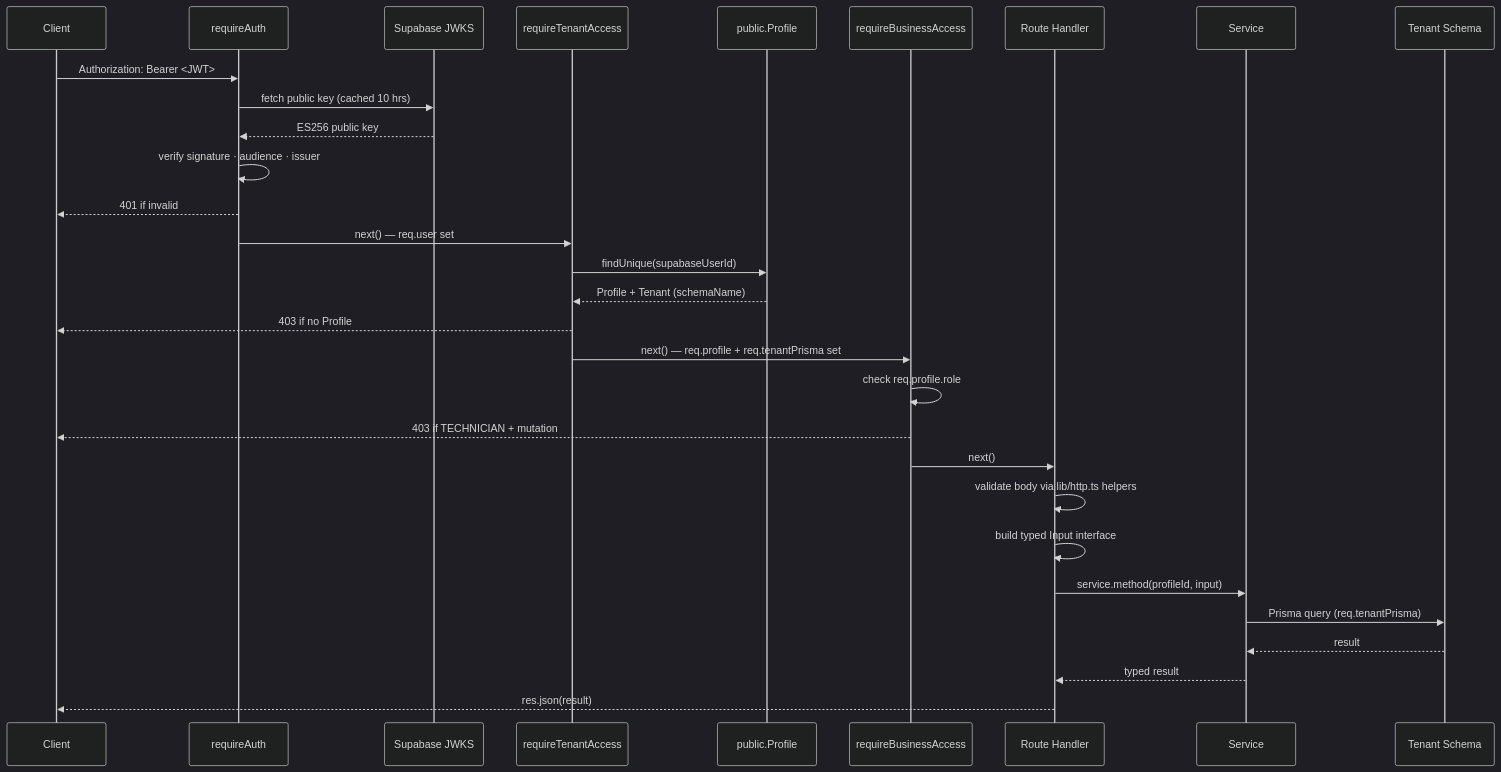
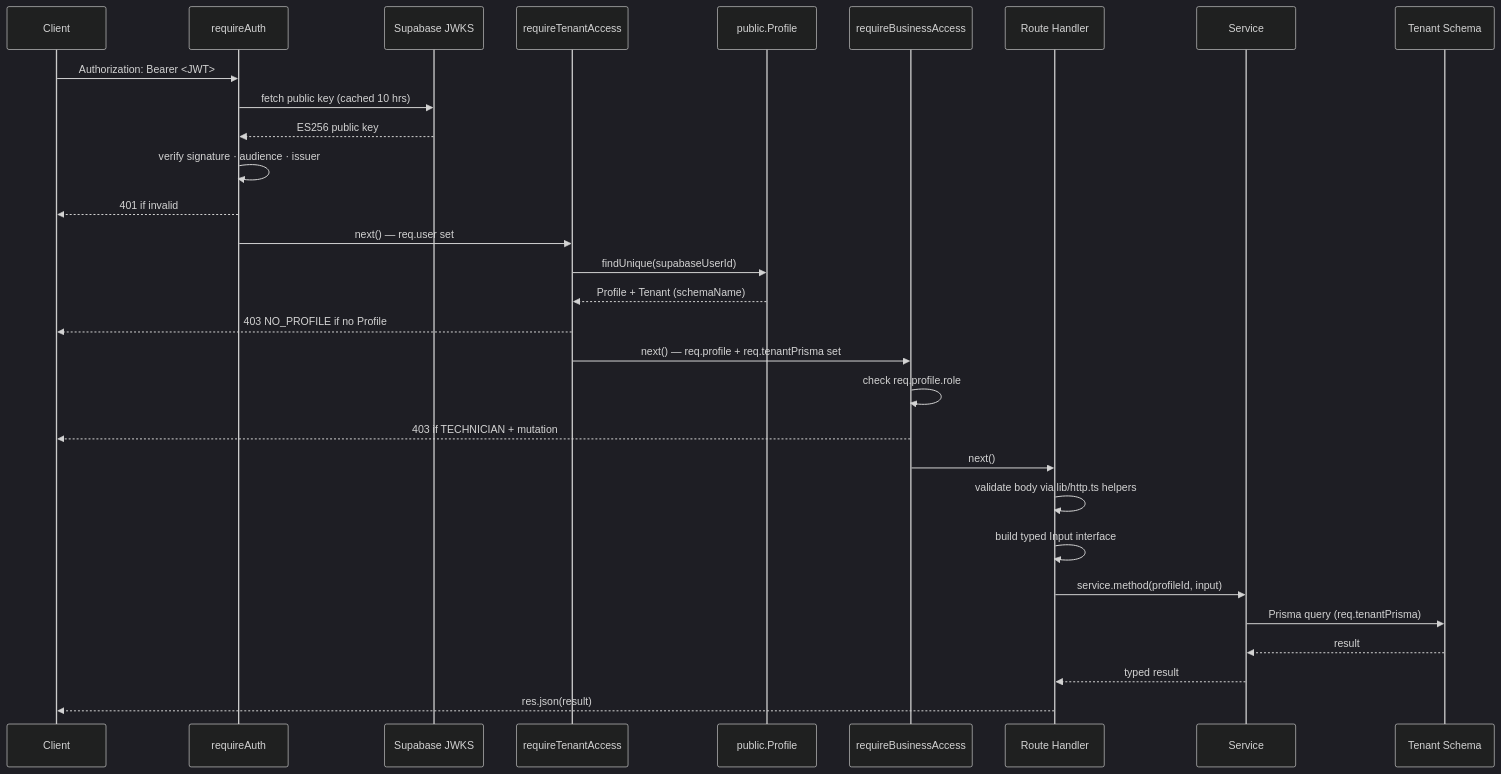
The fourth of 9 diagrams in docs/ARCHITECTURE_LATEST.md (agenticgeek/roundflow-backend), drawn with Mermaid (dark theme) before and after one commit. The commit also changed other lines of this file and 169 other files, not shown here.

````diff
--- a/docs/ARCHITECTURE_LATEST.md
+++ b/docs/ARCHITECTURE_LATEST.md
@@ -181,36 +218,36 @@
 ```mermaid
 sequenceDiagram
     participant Client
     participant requireAuth
     participant Supabase JWKS
     participant requireTenantAccess
     participant public.Profile
     participant requireBusinessAccess
     participant Route Handler
     participant Service
     participant Tenant Schema
 
     Client->>requireAuth: Authorization: Bearer <JWT>
     requireAuth->>Supabase JWKS: fetch public key (cached 10 hrs)
     Supabase JWKS-->>requireAuth: ES256 public key
     requireAuth->>requireAuth: verify signature · audience · issuer
     requireAuth-->>Client: 401 if invalid
     requireAuth->>requireTenantAccess: next() — req.user set
 
     requireTenantAccess->>public.Profile: findUnique(supabaseUserId)
     public.Profile-->>requireTenantAccess: Profile + Tenant (schemaName)
-    requireTenantAccess-->>Client: 403 if no Profile
+    requireTenantAccess-->>Client: 403 NO_PROFILE if no Profile
     requireTenantAccess->>requireBusinessAccess: next() — req.profile + req.tenantPrisma set
 
     requireBusinessAccess->>requireBusinessAccess: check req.profile.role
     requireBusinessAccess-->>Client: 403 if TECHNICIAN + mutation
     requireBusinessAccess->>Route Handler: next()
 
     Route Handler->>Route Handler: validate body via lib/http.ts helpers
     Route Handler->>Route Handler: build typed Input interface
     Route Handler->>Service: service.method(profileId, input)
     Service->>Tenant Schema: Prisma query (req.tenantPrisma)
     Tenant Schema-->>Service: result
     Service-->>Route Handler: typed result
     Route Handler-->>Client: res.json(result)
 ```
````
